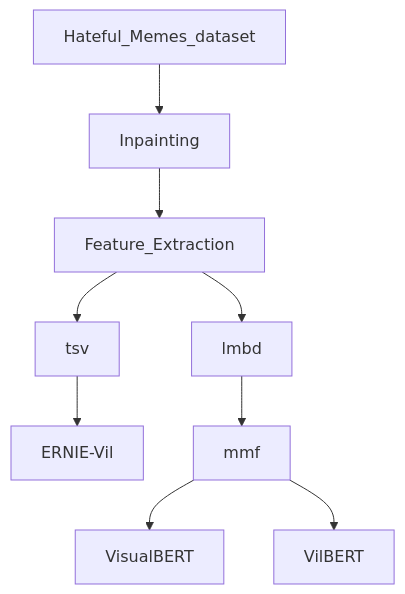
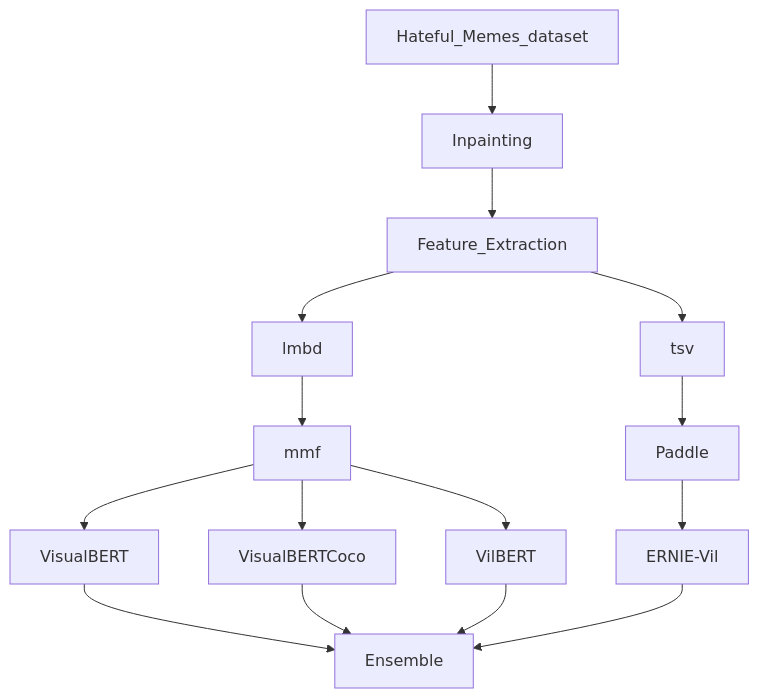
The diagram in README.md (JanLeyva/approach_TFM), drawn with Mermaid before and after one commit.

Commit message:
add test diagram

````diff
--- a/README.md
+++ b/README.md
@@ -8,11 +8,17 @@
 ```mermaid
   graph TD;
       Hateful_Memes_dataset-->Inpainting;
       Inpainting-->Feature_Extraction
       Feature_Extraction-->lmbd;
       Feature_Extraction-->tsv;
-      tsv-->ERNIE-Vil;
+      tsv-->Paddle;
+      Paddle-->ERNIE-Vil;
       lmbd-->mmf;
       mmf-->VisualBERT;
-      mmf-->VilBERT
+	  mmf-->VisualBERTCoco;
+      mmf-->VilBERT;
+      VisualBERT-->Ensemble;
+      VisualBERTCoco-->Ensemble;
+      VilBERT-->Ensemble;
+      ERNIE-Vil-->Ensemble;
 ```
````
